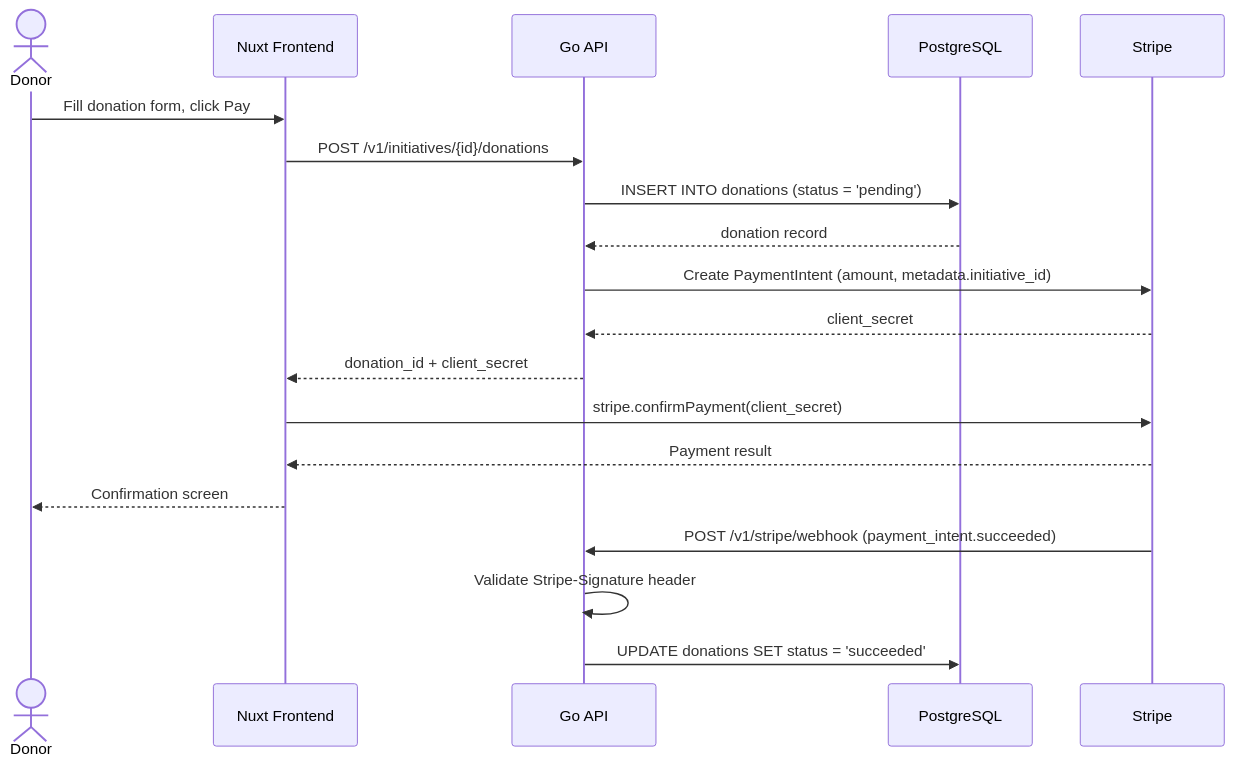
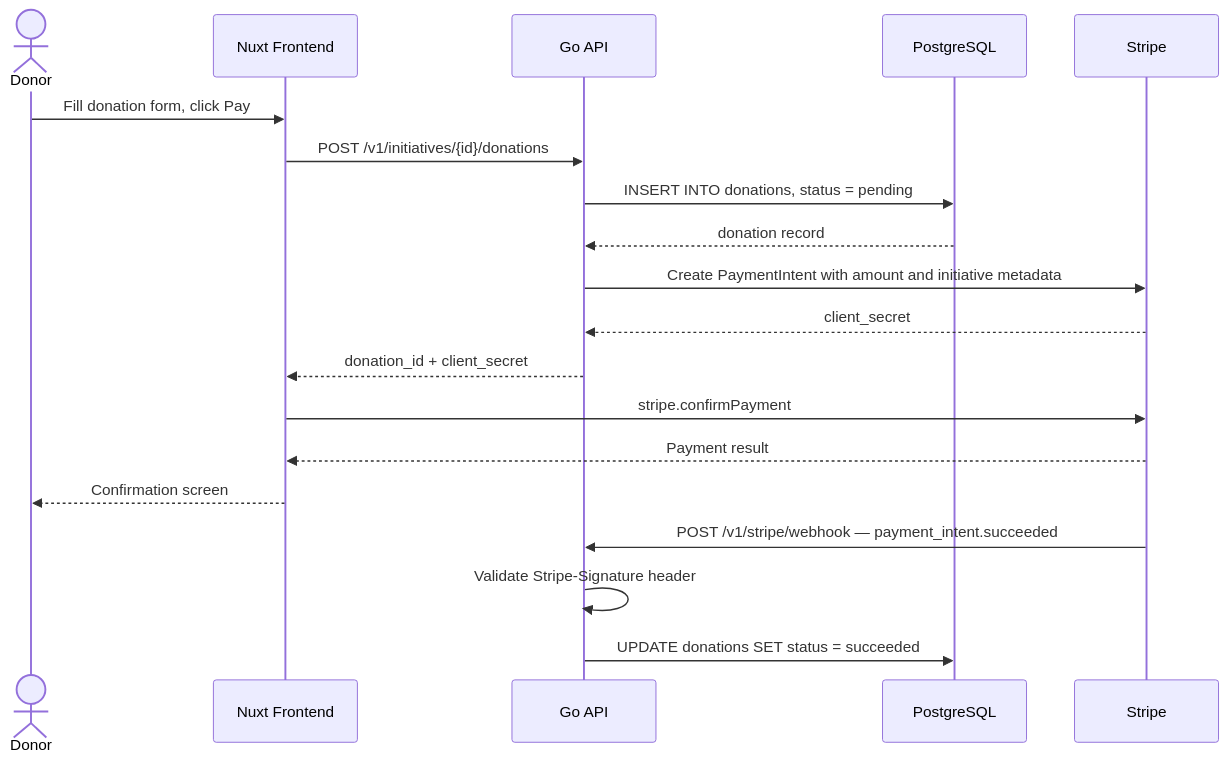
One commit to linuxfoundation/lfx-crowdfunding changed the fourth of 8 diagrams in docs/architecture.md. Above: the diagram before and after it, drawn with Mermaid. The commit also changed other lines of this file, not shown here.

First line of the commit message:
docs(architecture): fix Mermaid parse errors from parentheses in labels

````diff
--- a/docs/architecture.md
+++ b/docs/architecture.md
@@ -284,22 +284,22 @@
 ```mermaid
 sequenceDiagram
     actor Donor
     participant FE as Nuxt Frontend
     participant API as Go API
     participant DB as PostgreSQL
     participant Stripe
 
     Donor->>FE: Fill donation form, click Pay
     FE->>API: POST /v1/initiatives/{id}/donations
-    API->>DB: INSERT INTO donations (status = 'pending')
+    API->>DB: INSERT INTO donations, status = pending
     DB-->>API: donation record
-    API->>Stripe: Create PaymentIntent (amount, metadata.initiative_id)
+    API->>Stripe: Create PaymentIntent with amount and initiative metadata
     Stripe-->>API: client_secret
     API-->>FE: donation_id + client_secret
-    FE->>Stripe: stripe.confirmPayment(client_secret)
+    FE->>Stripe: stripe.confirmPayment
     Stripe-->>FE: Payment result
     FE-->>Donor: Confirmation screen
-    Stripe->>API: POST /v1/stripe/webhook (payment_intent.succeeded)
+    Stripe->>API: POST /v1/stripe/webhook — payment_intent.succeeded
     API->>API: Validate Stripe-Signature header
-    API->>DB: UPDATE donations SET status = 'succeeded'
+    API->>DB: UPDATE donations SET status = succeeded
 ```
````
